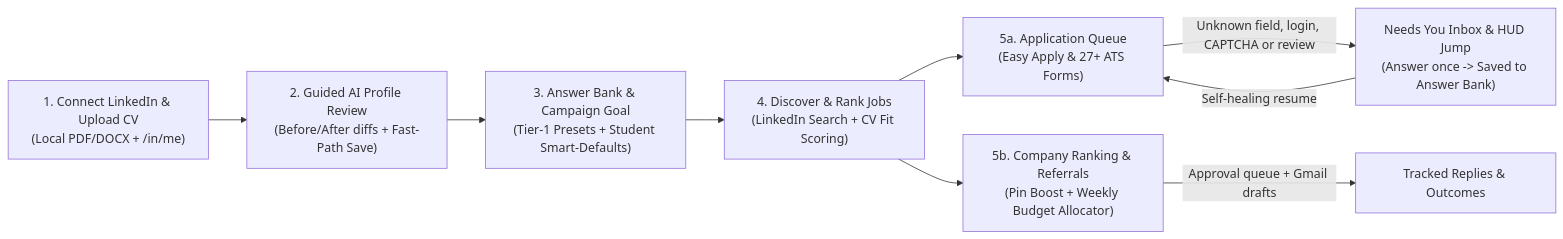
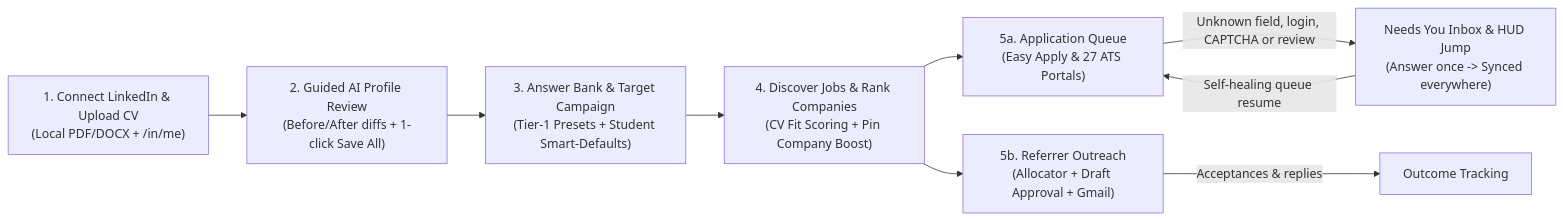
One commit to arpitsingh6055/Referral-Scout changed the first of 2 diagrams in README.md. Above: the diagram before and after it, drawn with Mermaid. The commit also changed other lines of this file and 26 other files, not shown here.

````diff
--- a/README.md
+++ b/README.md
@@ -40,11 +40,11 @@
 ```mermaid
 flowchart LR
-  S1["1. Connect LinkedIn & Upload CV<br/>(Local PDF/DOCX + /in/me)"] --> S2["2. Guided AI Profile Review<br/>(Before/After diffs + Fast-Path Save)"]
-  S2 --> S3["3. Answer Bank & Campaign Goal<br/>(Tier-1 Presets + Student Smart-Defaults)"]
-  S3 --> S4["4. Discover & Rank Jobs<br/>(LinkedIn Search + CV Fit Scoring)"]
-  S4 --> S5A["5a. Application Queue<br/>(Easy Apply & 27+ ATS Forms)"]
-  S4 --> S5B["5b. Company Ranking & Referrals<br/>(Pin Boost + Weekly Budget Allocator)"]
-  S5A -->|"Unknown field, login, CAPTCHA or review"| NY["Needs You Inbox & HUD Jump<br/>(Answer once -> Saved to Answer Bank)"]
-  NY -->|"Self-healing resume"| S5A
-  S5B -->|"Approval queue + Gmail drafts"| OUT["Tracked Replies & Outcomes"]
+  S1["1. Connect LinkedIn & Upload CV<br/>(Local PDF/DOCX + /in/me)"] --> S2["2. Guided AI Profile Review<br/>(Before/After diffs + 1-click Save All)"]
+  S2 --> S3["3. Answer Bank & Target Campaign<br/>(Tier-1 Presets + Student Smart-Defaults)"]
+  S3 --> S4["4. Discover Jobs & Rank Companies<br/>(CV Fit Scoring + Pin Company Boost)"]
+  S4 --> S5A["5a. Application Queue<br/>(Easy Apply & 27 ATS Portals)"]
+  S4 --> S5B["5b. Referrer Outreach<br/>(Allocator + Draft Approval + Gmail)"]
+  S5A -->|"Unknown field, login, CAPTCHA or review"| NY["Needs You Inbox & HUD Jump<br/>(Answer once -> Synced everywhere)"]
+  NY -->|"Self-healing queue resume"| S5A
+  S5B -->|"Acceptances & replies"| OUT["Outcome Tracking"]
 ```
````
